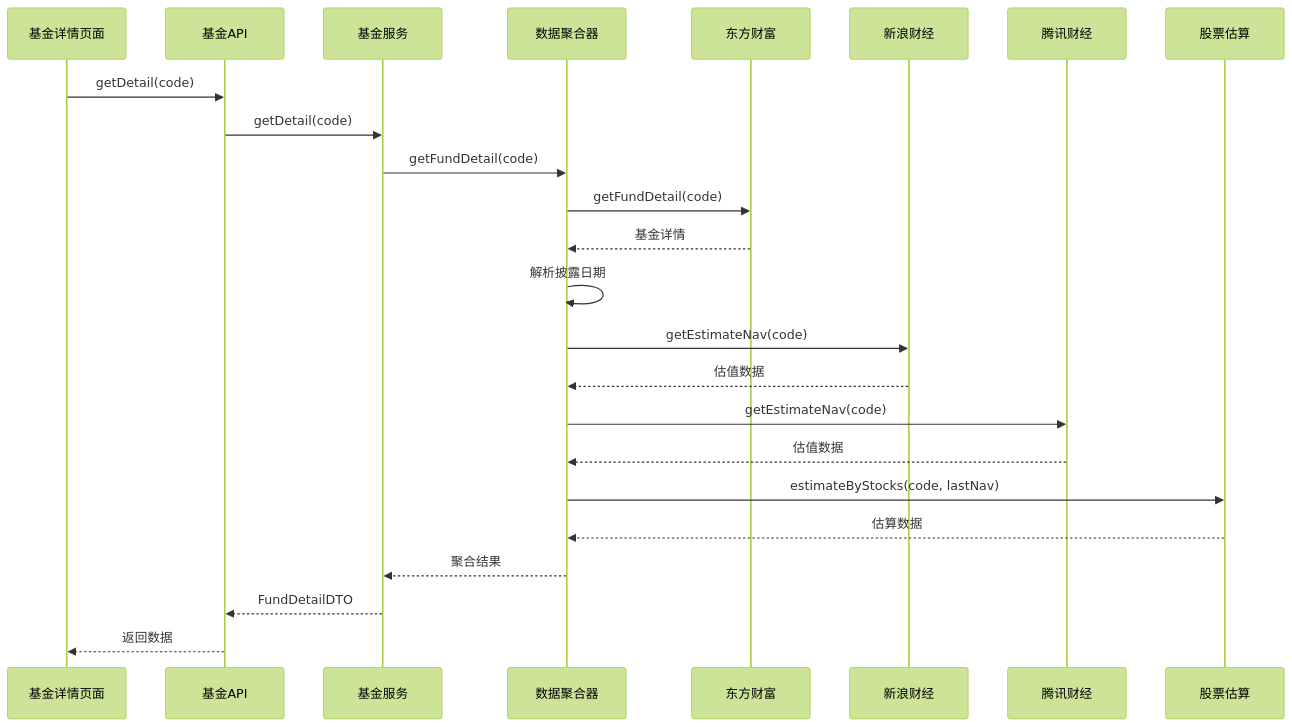
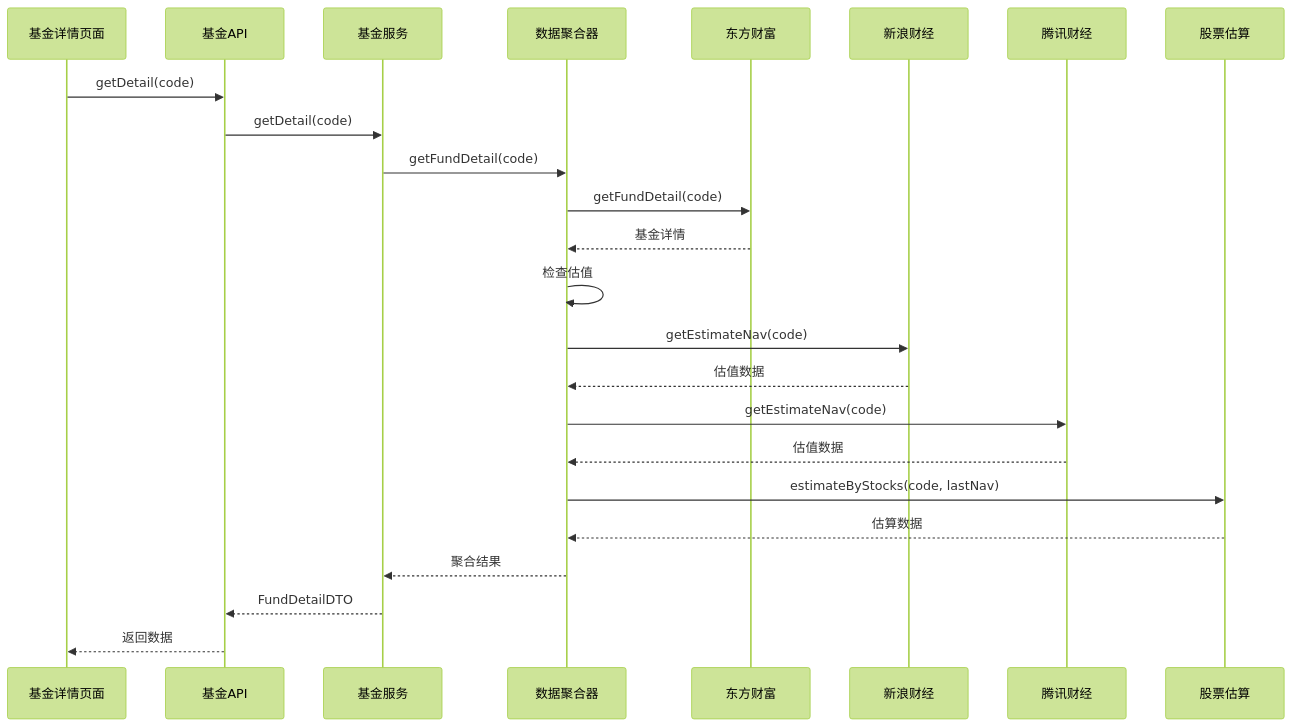
Before and after one commit to gree-coder/fund-butler: the seventh of 12 diagrams in .qoder/repowiki/zh/content/Fund Detail Enhancement.md, drawn with Mermaid (forest theme). The commit also changed other lines of this file and 21 other files, not shown here.

````diff
--- a/.qoder/repowiki/zh/content/Fund Detail Enhancement.md
+++ b/.qoder/repowiki/zh/content/Fund Detail Enhancement.md
@@ -359,26 +374,26 @@
 ```mermaid
 sequenceDiagram
 participant Page as 基金详情页面
 participant API as 基金API
 participant Service as 基金服务
 participant Aggregator as 数据聚合器
 participant EastMoney as 东方财富
 participant Sina as 新浪财经
 participant Tencent as 腾讯财经
 participant Stock as 股票估算
 Page->>API : getDetail(code)
 API->>Service : getDetail(code)
 Service->>Aggregator : getFundDetail(code)
 Aggregator->>EastMoney : getFundDetail(code)
 EastMoney-->>Aggregator : 基金详情
-Aggregator->>Aggregator : 解析披露日期
+Aggregator->>Aggregator : 检查估值
 Aggregator->>Sina : getEstimateNav(code)
 Sina-->>Aggregator : 估值数据
 Aggregator->>Tencent : getEstimateNav(code)
 Tencent-->>Aggregator : 估值数据
 Aggregator->>Stock : estimateByStocks(code, lastNav)
 Stock-->>Aggregator : 估算数据
 Aggregator-->>Service : 聚合结果
 Service-->>API : FundDetailDTO
 API-->>Page : 返回数据
 ```
````
